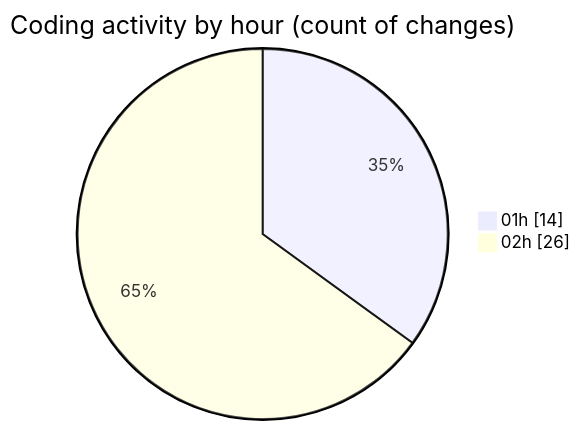
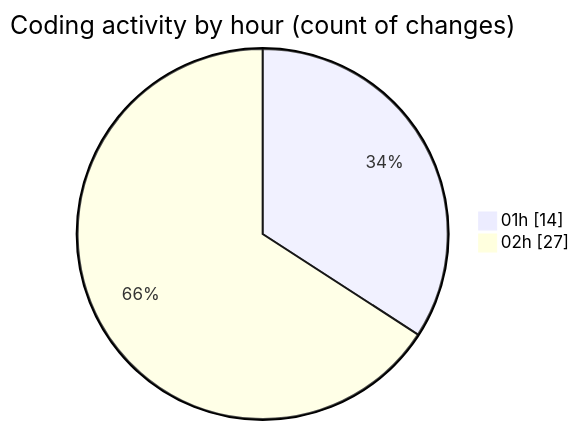
The second of 2 diagrams in 2025-07-13/telebot/README.md (jrari/code-tracking), drawn with Mermaid before and after one commit. The commit also changed other lines of this file and 1 other file, not shown here.

````diff
--- a/2025-07-13/telebot/README.md
+++ b/2025-07-13/telebot/README.md
@@ -49,6 +49,6 @@
 ```mermaid
 pie showData
 title Coding activity by hour (count of changes)
 "01h" : 14
-"02h" : 26
+"02h" : 27
 ```
````
